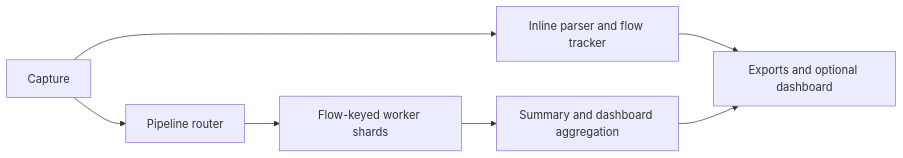
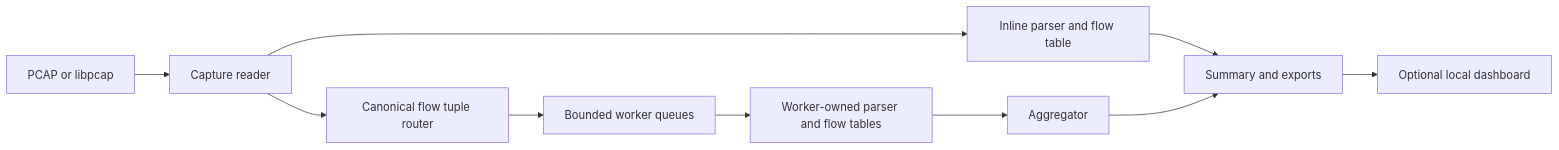
The diagram in docs/design.md (saadshabir/NetScope), drawn with Mermaid before and after one commit. The commit also changed other lines of this file and 147 other files, not shown here.

````diff
--- a/docs/design.md
+++ b/docs/design.md
@@ -7,9 +7,12 @@
 ```mermaid
 flowchart LR
-    Capture --> Inline[Inline parser and flow tracker]
-    Capture --> Router[Pipeline router]
-    Router --> Workers[Flow-keyed worker shards]
-    Workers --> Aggregate[Summary and dashboard aggregation]
-    Inline --> Outputs[Exports and optional dashboard]
-    Aggregate --> Outputs
+    SRC[PCAP or libpcap] --> CAP[Capture reader]
+    CAP --> INLINE[Inline parser and flow table]
+    CAP --> ROUTE[Canonical flow tuple router]
+    ROUTE --> QUEUES[Bounded worker queues]
+    QUEUES --> WORKERS[Worker-owned parser and flow tables]
+    WORKERS --> AGG[Aggregator]
+    INLINE --> OUT[Summary and exports]
+    AGG --> OUT
+    OUT --> WEB[Optional local dashboard]
 ```
````
